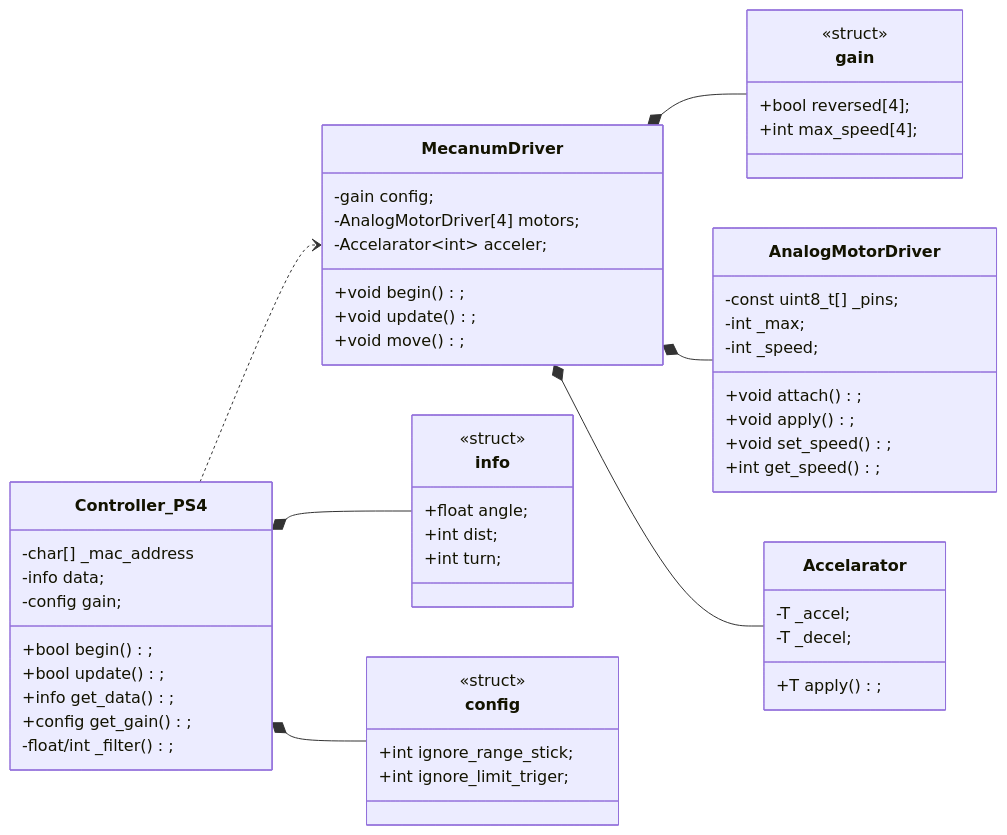
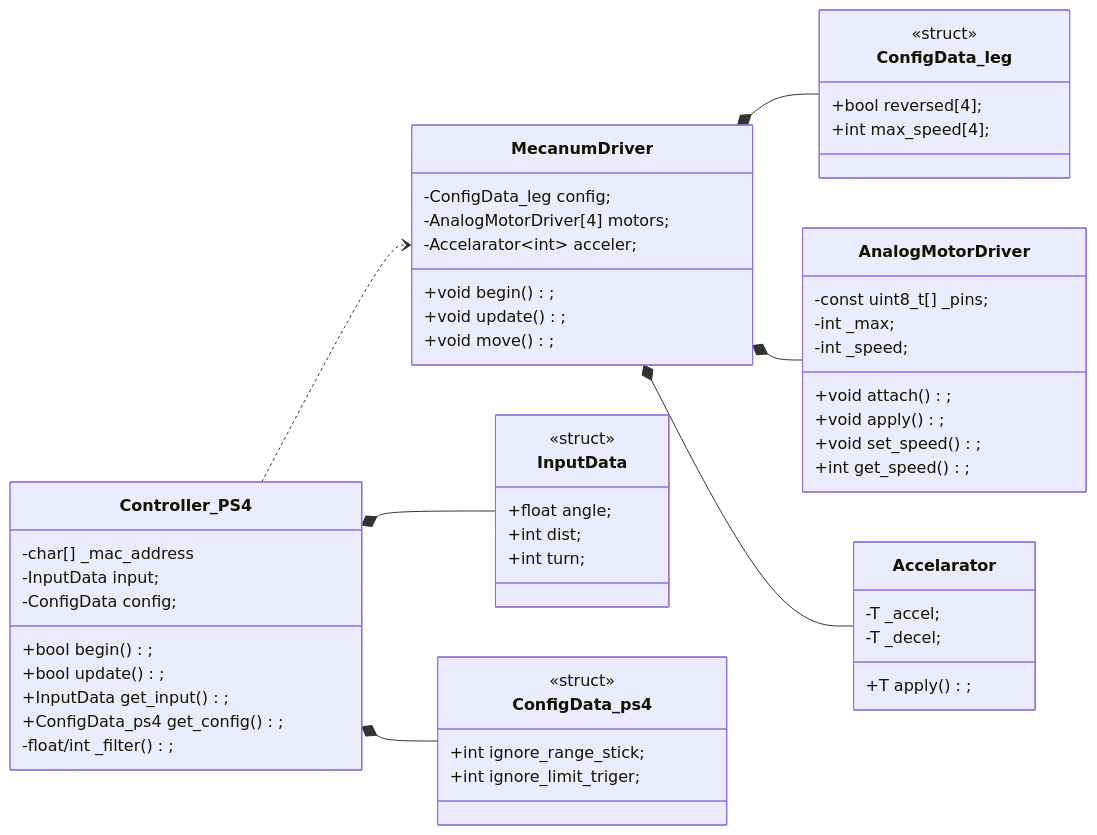
Before and after one commit to Tomoooji/Planaria_renewal: the second of 2 diagrams in README.md, drawn with Mermaid. The commit also changed 2 other files, not shown here.

````diff
--- a/README.md
+++ b/README.md
@@ -31,60 +31,60 @@
 ```mermaid
 classDiagram
     direction LR
     Controller_PS4 ..> MecanumDriver
-    Controller_PS4 *-- info
-    Controller_PS4 *-- config
-    MecanumDriver *-- gain
+    Controller_PS4 *-- InputData
+    Controller_PS4 *-- ConfigData_ps4
+    MecanumDriver *-- ConfigData_leg
     MecanumDriver *-- AnalogMotorDriver
     MecanumDriver *-- Accelarator
 
     class Controller_PS4{
         -char[] _mac_address
-        -info data;
-        -config gain;
+        -InputData input;
+        -ConfigData config;
         +bool begin();
         +bool update();
-        +info get_data();
-        +config get_gain();
+        +InputData get_input();
+        +ConfigData_ps4 get_config();
         -float/int _filter();
     }
-    class info{
+    class InputData{
         <<struct>>
         +float angle;
         +int dist;
         +int turn;
     }
-    class config{
+    class ConfigData_ps4{
         <<struct>>
         +int ignore_range_stick;
         +int ignore_limit_triger;
     }
     class MecanumDriver{
-        -gain config;
+        -ConfigData_leg config;
         -AnalogMotorDriver[4] motors;
         -Accelarator~int~ acceler;
         +void begin();
         +void update();
         +void move();
     }
-    class gain{
+    class ConfigData_leg{
         <<struct>>
         +bool reversed[4];
         +int max_speed[4];
     }
     class AnalogMotorDriver{
         -const uint8_t[] _pins;
         -int _max;
         -int _speed;
         +void attach();
         +void apply();
         +void set_speed();
         +int get_speed();
     }
     class Accelarator~T~{
         -T _accel;
         -T _decel;
         +T apply();
     }
 
 ```
````
